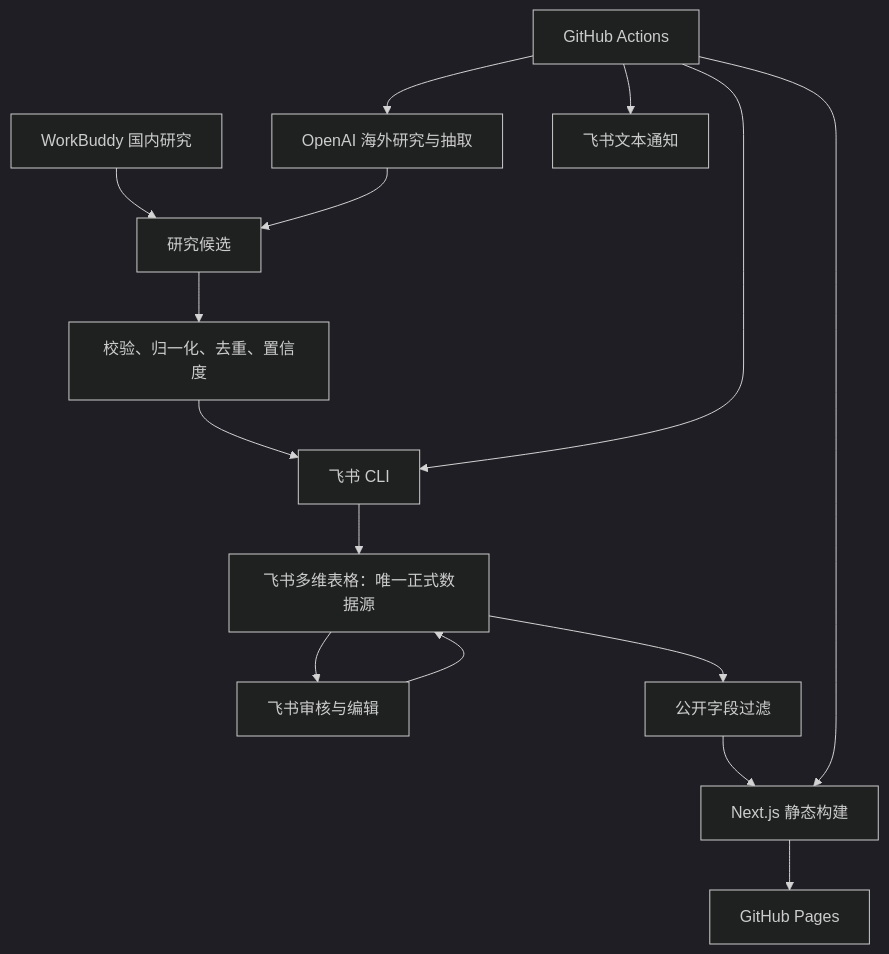
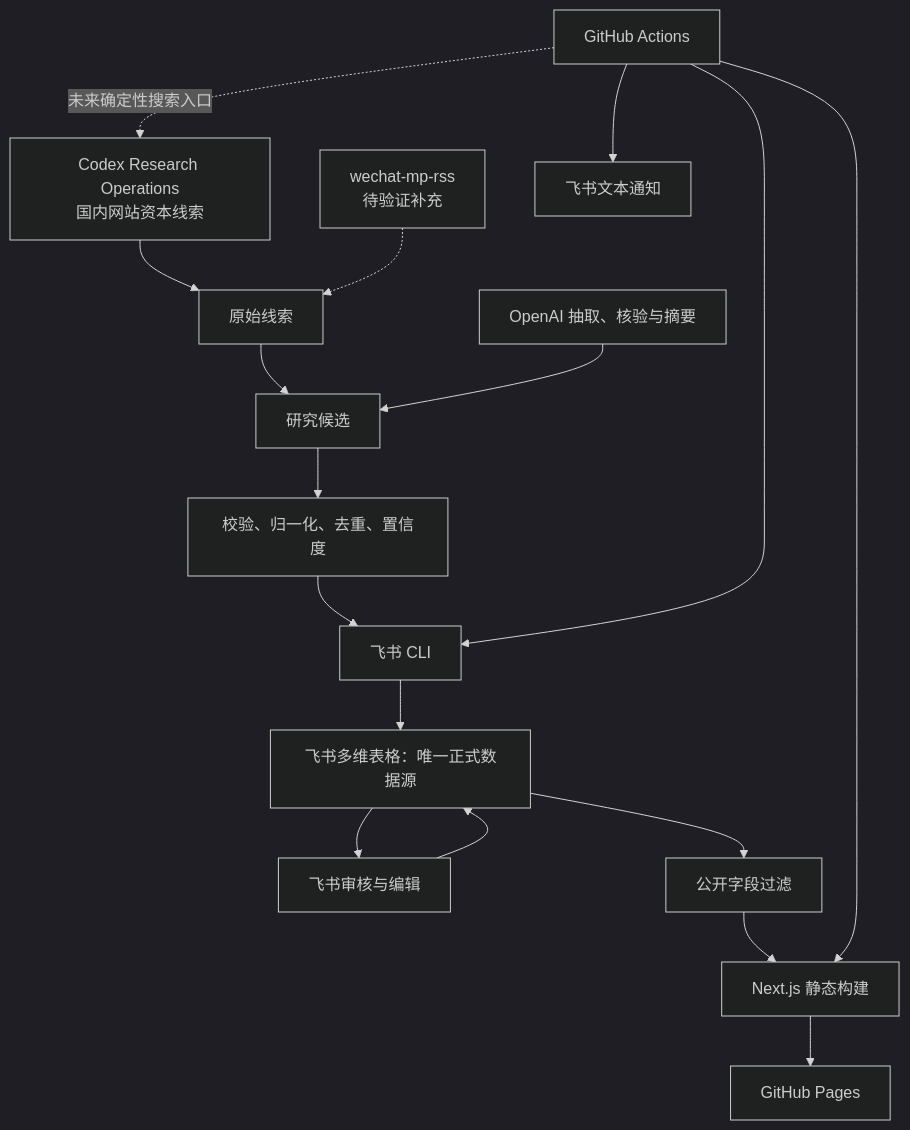
Before and after one commit to AuroraLiu67/embodied-news: the diagram in SPEC.md, drawn with Mermaid (dark theme). The commit also changed other lines of this file and 32 other files, not shown here.

Commit message:
docs: update research operations baseline

````diff
--- a/SPEC.md
+++ b/SPEC.md
@@ -45,17 +47,19 @@
 ```mermaid
 flowchart TB
-    WB["WorkBuddy 国内研究"] --> Candidate["研究候选"]
-    OpenAI["OpenAI 海外研究与抽取"] --> Candidate
+    Research["Codex Research Operations<br/>国内网站资本线索"] --> Lead["原始线索"]
+    RSS["wechat-mp-rss<br/>待验证补充"] -.-> Lead
+    Lead --> Candidate["研究候选"]
+    OpenAI["OpenAI 抽取、核验与摘要"] --> Candidate
     Candidate --> Core["校验、归一化、去重、置信度"]
     Core --> CLI["飞书 CLI"]
     CLI --> Base["飞书多维表格：唯一正式数据源"]
     Base --> Review["飞书审核与编辑"]
     Review --> Base
     Base --> Filter["公开字段过滤"]
     Filter --> Build["Next.js 静态构建"]
     Build --> Pages["GitHub Pages"]
-    Actions["GitHub Actions"] --> OpenAI
+    Actions["GitHub Actions"] -.未来确定性搜索入口.-> Research
     Actions --> CLI
     Actions --> Build
     Actions --> Notify["飞书文本通知"]
 ```
````
